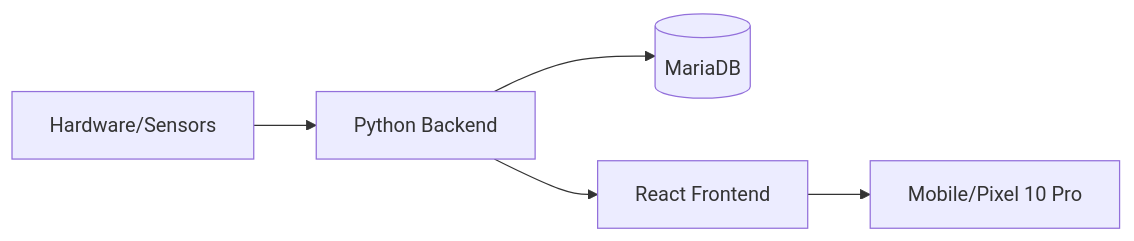
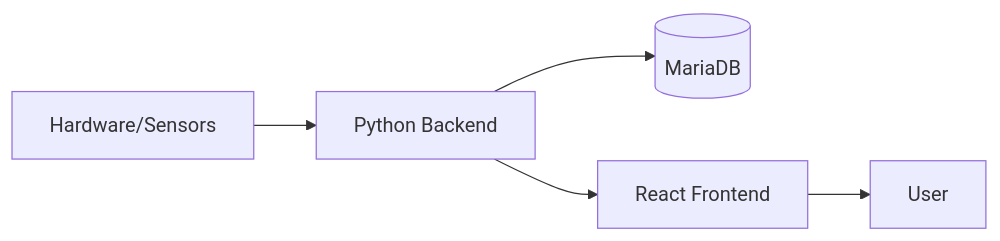
Before and after one commit to seanat0r/weather_station: the diagram in README.md, drawn with Mermaid. The commit also changed 1 other file, not shown here.

Commit message:
changed root README mermaid part

````diff
--- a/README.md
+++ b/README.md
@@ -25,7 +25,7 @@
 ```mermaid
 graph LR
     H[Hardware/Sensors] --> B[Python Backend]
     B --> D[(MariaDB)]
     B --> F[React Frontend]
-    F --> P[Mobile/Pixel 10 Pro]
+    F --> P[User]
 ```
````
